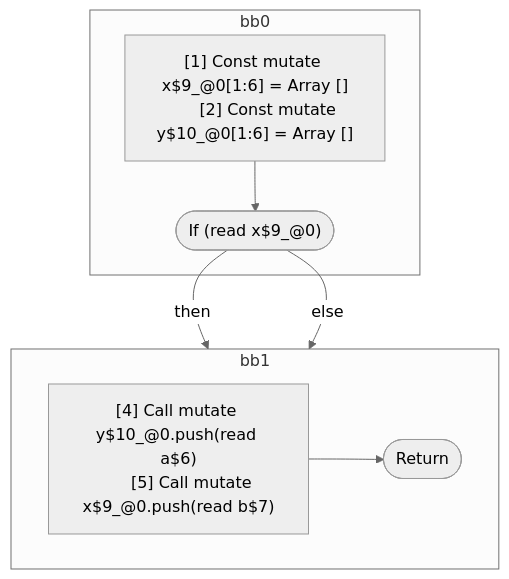
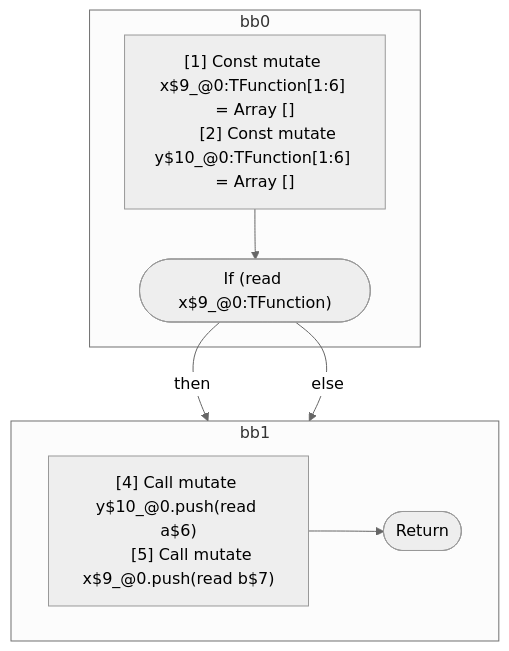
Before and after one commit to wutsmog/private: the diagram in compiler/forget/src/__tests__/fixtures/hir/overlapping-scopes-interleaved-by-terminal.expect.md, drawn with Mermaid (neutral theme). The commit also changed other lines of this file and 112 other files, not shown here.

````diff
--- a/compiler/forget/src/__tests__/fixtures/hir/overlapping-scopes-interleaved-by-terminal.expect.md
+++ b/compiler/forget/src/__tests__/fixtures/hir/overlapping-scopes-interleaved-by-terminal.expect.md
@@ -56,23 +56,23 @@
 ```mermaid
 flowchart TB
   %% Basic Blocks
   subgraph bb0
     bb0_instrs["
-      [1] Const mutate x$9_@0[1:6] = Array []
-      [2] Const mutate y$10_@0[1:6] = Array []
+      [1] Const mutate x$9_@0:TFunction[1:6] = Array []
+      [2] Const mutate y$10_@0:TFunction[1:6] = Array []
     "]
-    bb0_instrs --> bb0_terminal(["If (read x$9_@0)"])
+    bb0_instrs --> bb0_terminal(["If (read x$9_@0:TFunction)"])
   end
   subgraph bb1
     bb1_instrs["
       [4] Call mutate y$10_@0.push(read a$6)
       [5] Call mutate x$9_@0.push(read b$7)
     "]
     bb1_instrs --> bb1_terminal(["Return"])
   end
 
   %% Jumps
   bb0_terminal -- "then" --> bb1
   bb0_terminal -- "else" --> bb1
 
 ```
````
